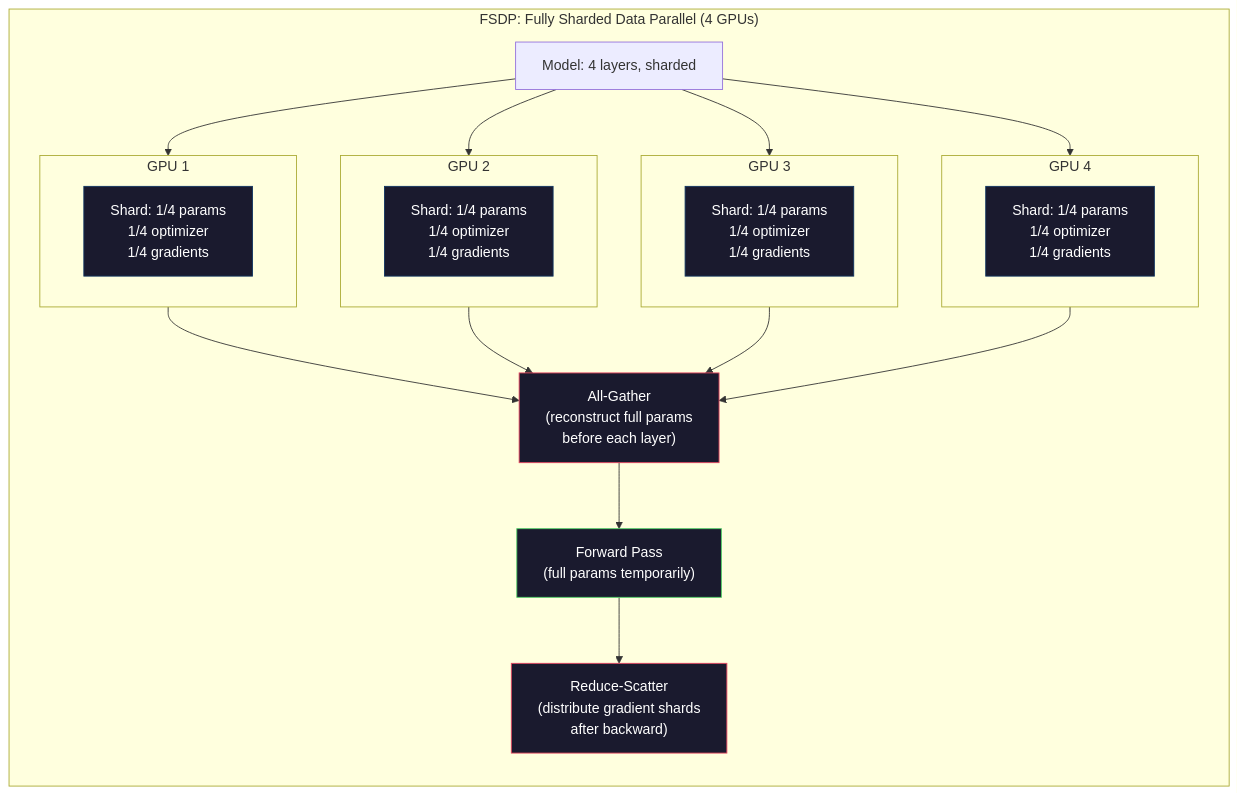
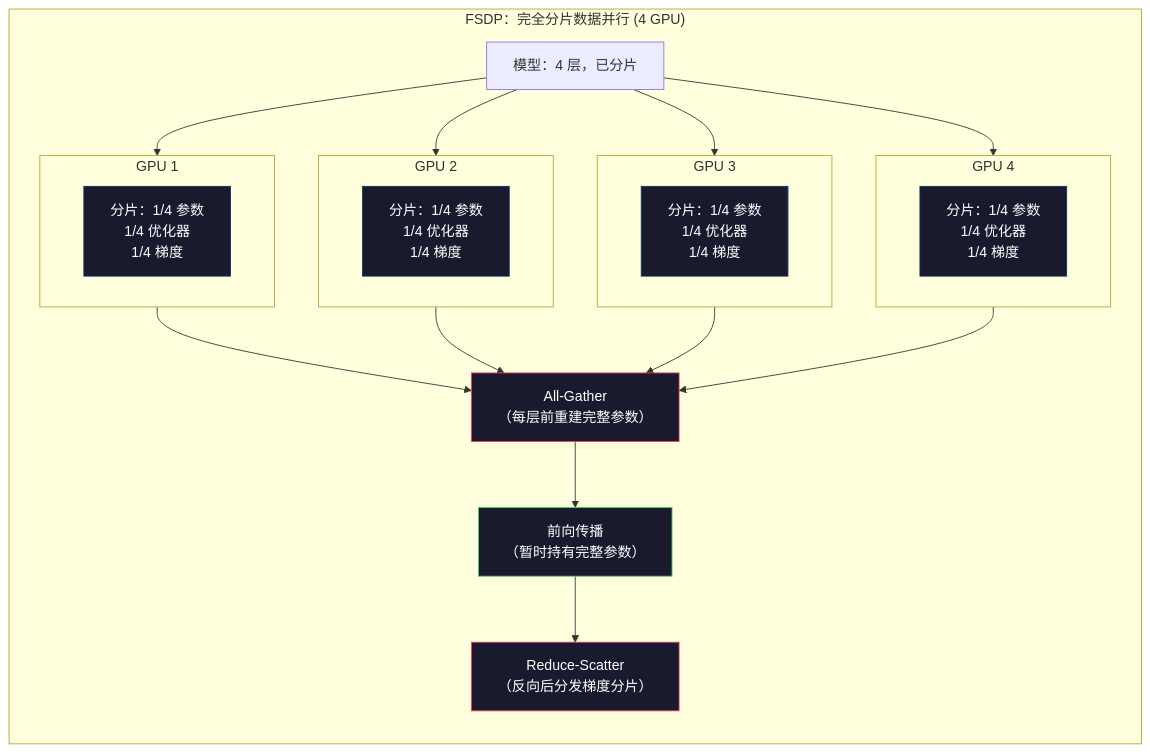
One commit to alessandrodinisio-ai/ai-engineering-learning-framework changed the second of 3 diagrams in phases/10-llms-from-scratch/05-scaling-distributed/docs/zh.md. Above: the diagram before and after it, drawn with Mermaid. The commit also changed other lines of this file and 120 other files, not shown here.

First line of the commit message:
i18n(mermaid): 337 个 mermaid 图表标签中文化

````diff
--- a/phases/10-llms-from-scratch/05-scaling-distributed/docs/zh.md
+++ b/phases/10-llms-from-scratch/05-scaling-distributed/docs/zh.md
@@ -123,43 +123,43 @@
 ```mermaid
 graph TD
-    subgraph FSDP["FSDP: Fully Sharded Data Parallel (4 GPUs)"]
+    subgraph FSDP["FSDP：完全分片数据并行 (4 GPU)"]
         direction TB
-        S["Model: 4 layers, sharded"]
+        S["模型：4 层，已分片"]
 
         subgraph GPU1["GPU 1"]
-            G1S["Shard: 1/4 params\n1/4 optimizer\n1/4 gradients"]
+            G1S["分片：1/4 参数\n1/4 优化器\n1/4 梯度"]
         end
         subgraph GPU2["GPU 2"]
-            G2S["Shard: 1/4 params\n1/4 optimizer\n1/4 gradients"]
+            G2S["分片：1/4 参数\n1/4 优化器\n1/4 梯度"]
         end
         subgraph GPU3["GPU 3"]
-            G3S["Shard: 1/4 params\n1/4 optimizer\n1/4 gradients"]
+            G3S["分片：1/4 参数\n1/4 优化器\n1/4 梯度"]
         end
         subgraph GPU4["GPU 4"]
-            G4S["Shard: 1/4 params\n1/4 optimizer\n1/4 gradients"]
+            G4S["分片：1/4 参数\n1/4 优化器\n1/4 梯度"]
         end
 
-        AG["All-Gather\n(reconstruct full params\nbefore each layer)"]
-        FW["Forward Pass\n(full params temporarily)"]
-        RS["Reduce-Scatter\n(distribute gradient shards\nafter backward)"]
+        AG["All-Gather\n（每层前重建完整参数）"]
+        FW["前向传播\n（暂时持有完整参数）"]
+        RS["Reduce-Scatter\n（反向后分发梯度分片）"]
 
         S --> GPU1
         S --> GPU2
         S --> GPU3
         S --> GPU4
         GPU1 --> AG
         GPU2 --> AG
         GPU3 --> AG
         GPU4 --> AG
         AG --> FW
         FW --> RS
     end
 
     style G1S fill:#1a1a2e,stroke:#0f3460,color:#fff
     style G2S fill:#1a1a2e,stroke:#0f3460,color:#fff
     style G3S fill:#1a1a2e,stroke:#0f3460,color:#fff
     style G4S fill:#1a1a2e,stroke:#0f3460,color:#fff
     style AG fill:#1a1a2e,stroke:#e94560,color:#fff
     style FW fill:#1a1a2e,stroke:#51cf66,color:#fff
     style RS fill:#1a1a2e,stroke:#e94560,color:#fff
 ```
````
